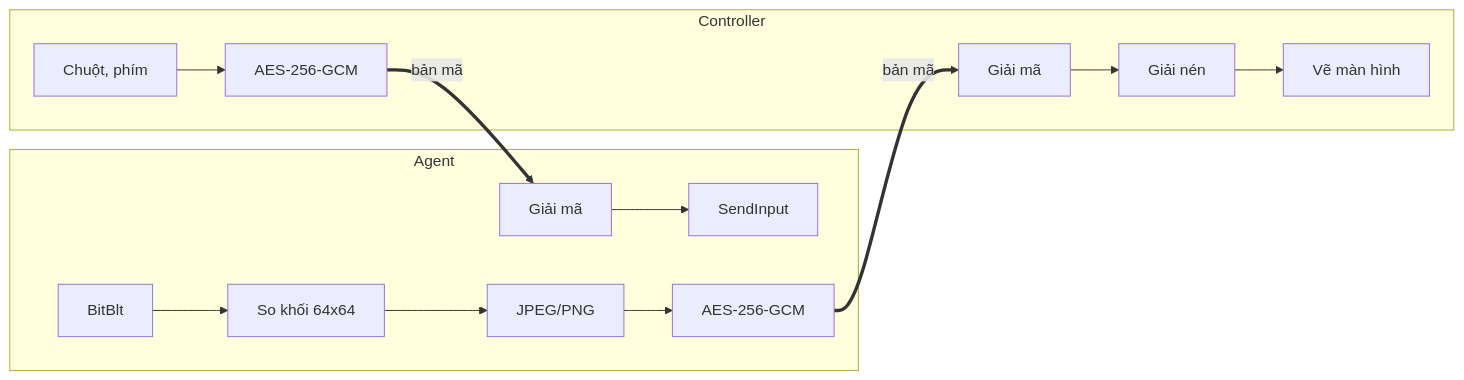
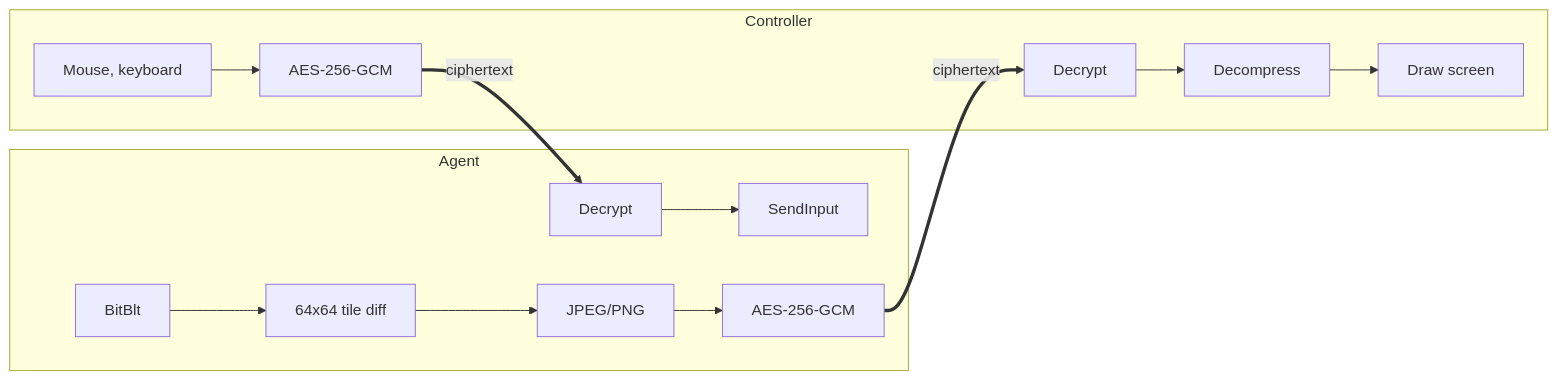
One commit to DungAnDuong/Remote-Destop-Manager changed the fourth of 5 diagrams in docs/02-KienTruc.md. Above: the diagram before and after it, drawn with Mermaid. The commit also changed other lines of this file and 7 other files, not shown here.

````diff
--- a/docs/02-KienTruc.md
+++ b/docs/02-KienTruc.md
@@ -126,13 +126,13 @@
 ```mermaid
 flowchart LR
   subgraph Agent
-    CAP[BitBlt] --> DIFF[So khối 64x64] --> ENC[JPEG/PNG] --> SEAL1[AES-256-GCM]
-    OPEN2[Giải mã] --> INP[SendInput]
+    CAP[BitBlt] --> DIFF[64x64 tile diff] --> ENC[JPEG/PNG] --> SEAL1[AES-256-GCM]
+    OPEN2[Decrypt] --> INP[SendInput]
   end
   subgraph Controller
-    OPEN1[Giải mã] --> DEC[Giải nén] --> VIEW[Vẽ màn hình]
-    UI[Chuột, phím] --> SEAL2[AES-256-GCM]
+    OPEN1[Decrypt] --> DEC[Decompress] --> VIEW[Draw screen]
+    UI[Mouse, keyboard] --> SEAL2[AES-256-GCM]
   end
-  SEAL1 == bản mã ==> OPEN1
-  SEAL2 == bản mã ==> OPEN2
+  SEAL1 == ciphertext ==> OPEN1
+  SEAL2 == ciphertext ==> OPEN2
 ```
````
